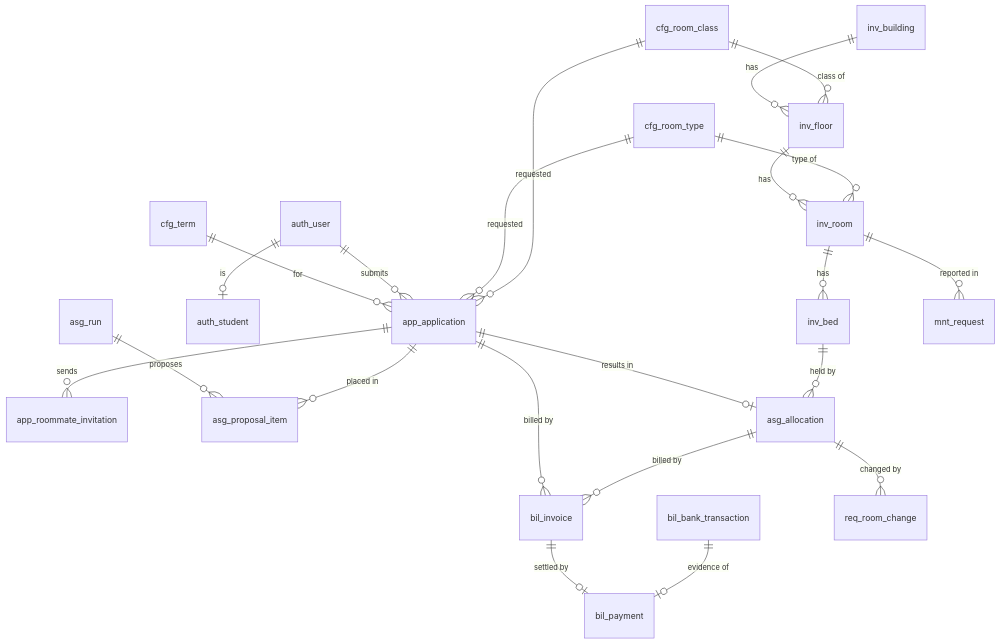
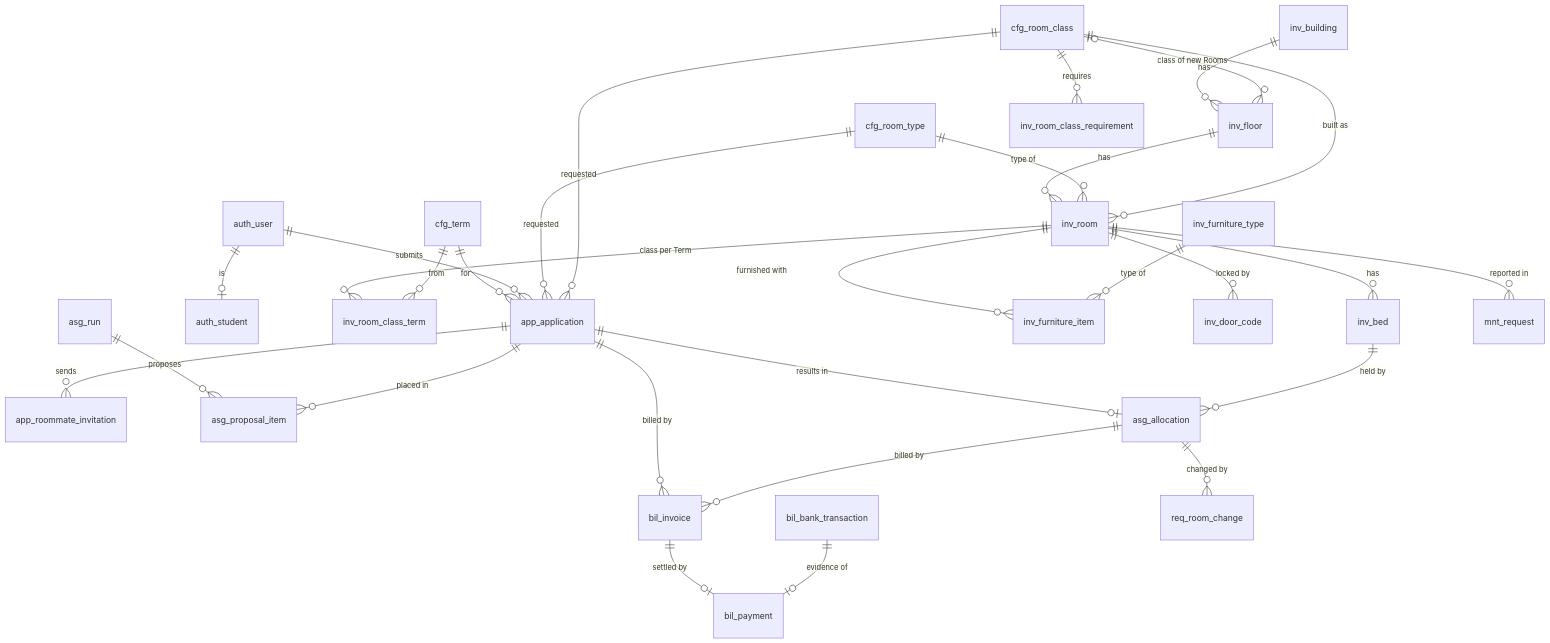
The fourth of 5 diagrams in docs/backend/01_Backend_Architecture.md (tisou47/CampusStay-FPT), drawn with Mermaid before and after one commit. The commit also changed other lines of this file and 65 other files, not shown here.

First line of the commit message:
feat(inv): Room Class per Room per Term, furniture and door codes

````diff
--- a/docs/backend/01_Backend_Architecture.md
+++ b/docs/backend/01_Backend_Architecture.md
@@ -327,24 +331,31 @@
 ```mermaid
 erDiagram
     cfg_term ||--o{ app_application : "for"
     auth_user ||--o| auth_student : "is"
     auth_user ||--o{ app_application : "submits"
     cfg_room_type ||--o{ app_application : "requested"
     cfg_room_class ||--o{ app_application : "requested"
     inv_building ||--o{ inv_floor : has
-    cfg_room_class ||--o{ inv_floor : "class of"
+    cfg_room_class |o--o{ inv_floor : "class of new Rooms"
     inv_floor ||--o{ inv_room : has
     cfg_room_type ||--o{ inv_room : "type of"
+    cfg_room_class ||--o{ inv_room : "built as"
+    inv_room ||--o{ inv_room_class_term : "class per Term"
+    cfg_term ||--o{ inv_room_class_term : "from"
     inv_room ||--o{ inv_bed : has
+    inv_room ||--o{ inv_furniture_item : "furnished with"
+    inv_furniture_type ||--o{ inv_furniture_item : "type of"
+    cfg_room_class ||--o{ inv_room_class_requirement : requires
+    inv_room ||--o{ inv_door_code : "locked by"
     app_application ||--o{ app_roommate_invitation : sends
     asg_run ||--o{ asg_proposal_item : proposes
     app_application ||--o{ asg_proposal_item : "placed in"
     app_application ||--o| asg_allocation : "results in"
     inv_bed ||--o{ asg_allocation : "held by"
     app_application ||--o{ bil_invoice : "billed by"
     asg_allocation ||--o{ bil_invoice : "billed by"
     bil_invoice ||--o| bil_payment : "settled by"
     bil_bank_transaction ||--o| bil_payment : "evidence of"
     asg_allocation ||--o{ req_room_change : "changed by"
     inv_room ||--o{ mnt_request : "reported in"
 ```
````
